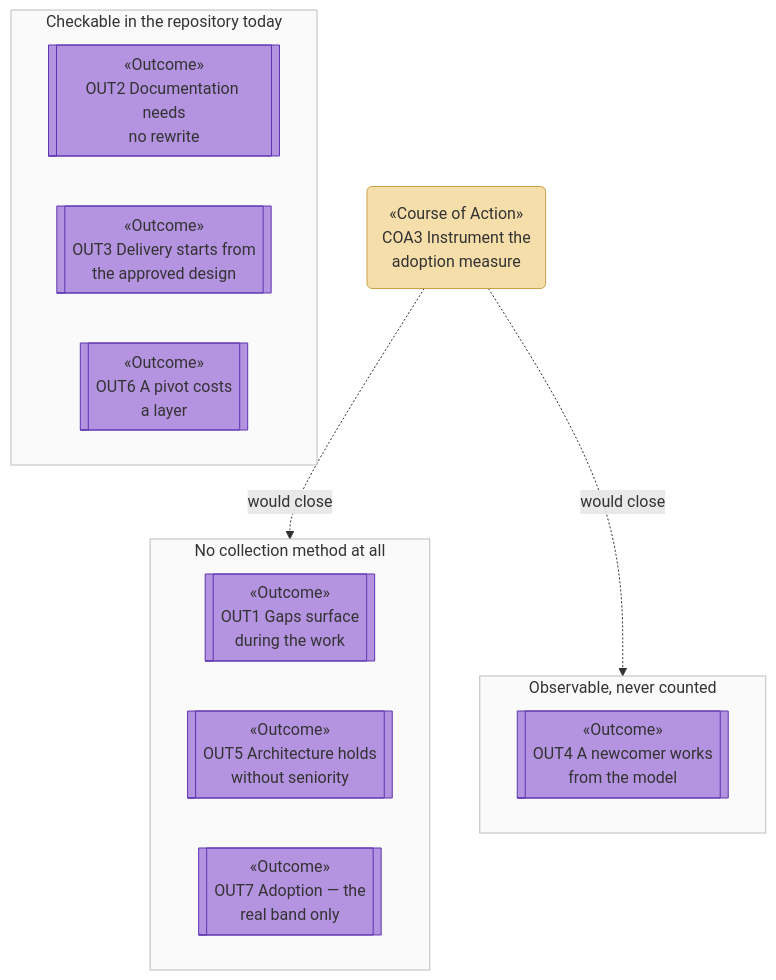
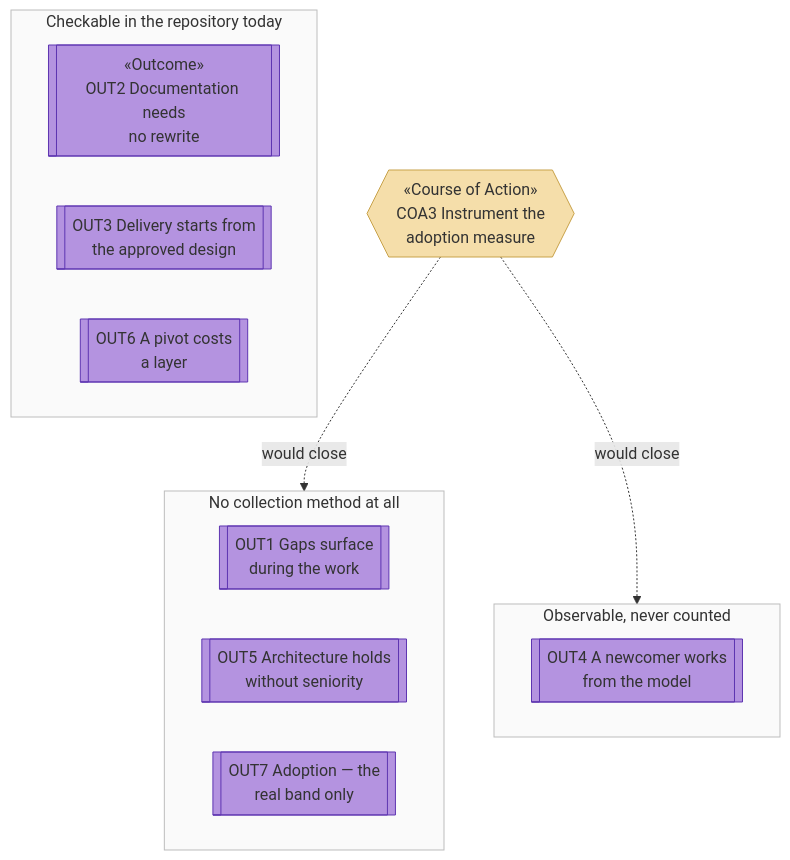
The sixth of 7 diagrams in organization/docs/ea/1_strategy/1_motivation.md (roanboc/architecture-archreator), drawn with Mermaid before and after one commit. The commit also changed other lines of this file and 2 other files, not shown here.

First line of the commit message:
docs: extend diagram-first notation to capabilities and the value stream

````diff
--- a/organization/docs/ea/1_strategy/1_motivation.md
+++ b/organization/docs/ea/1_strategy/1_motivation.md
@@ -256,29 +276,29 @@
 ```mermaid
 flowchart TB
   subgraph CHECKABLE["Checkable in the repository today"]
     out2[["«Outcome»<br>OUT2 Documentation needs<br>no rewrite"]]:::outcome
-    out3[["«Outcome»<br>OUT3 Delivery starts from<br>the approved design"]]:::outcome
-    out6[["«Outcome»<br>OUT6 A pivot costs<br>a layer"]]:::outcome
+    out3[["OUT3 Delivery starts from<br>the approved design"]]:::outcome
+    out6[["OUT6 A pivot costs<br>a layer"]]:::outcome
   end
 
   subgraph ANECDOTAL["Observable, never counted"]
-    out4[["«Outcome»<br>OUT4 A newcomer works<br>from the model"]]:::outcome
+    out4[["OUT4 A newcomer works<br>from the model"]]:::outcome
   end
 
   subgraph NOMETHOD["No collection method at all"]
-    out1[["«Outcome»<br>OUT1 Gaps surface<br>during the work"]]:::outcome
-    out5[["«Outcome»<br>OUT5 Architecture holds<br>without seniority"]]:::outcome
-    out7[["«Outcome»<br>OUT7 Adoption — the<br>real band only"]]:::outcome
+    out1[["OUT1 Gaps surface<br>during the work"]]:::outcome
+    out5[["OUT5 Architecture holds<br>without seniority"]]:::outcome
+    out7[["OUT7 Adoption — the<br>real band only"]]:::outcome
   end
 
-  coa3("«Course of Action»<br>COA3 Instrument the<br>adoption measure"):::action
+  coa3{{"«Course of Action»<br>COA3 Instrument the<br>adoption measure"}}:::action
 
   coa3 -.->|would close| NOMETHOD
   coa3 -.->|would close| ANECDOTAL
 
   classDef outcome fill:#b493e0,stroke:#5e35b1,color:#333
   classDef action fill:#f5deaa,stroke:#c8a24a,color:#333
   style CHECKABLE fill:#fafafa,stroke:#bdbdbd,color:#333
   style ANECDOTAL fill:#fafafa,stroke:#bdbdbd,color:#333
   style NOMETHOD fill:#fafafa,stroke:#bdbdbd,color:#333
 ```
````
